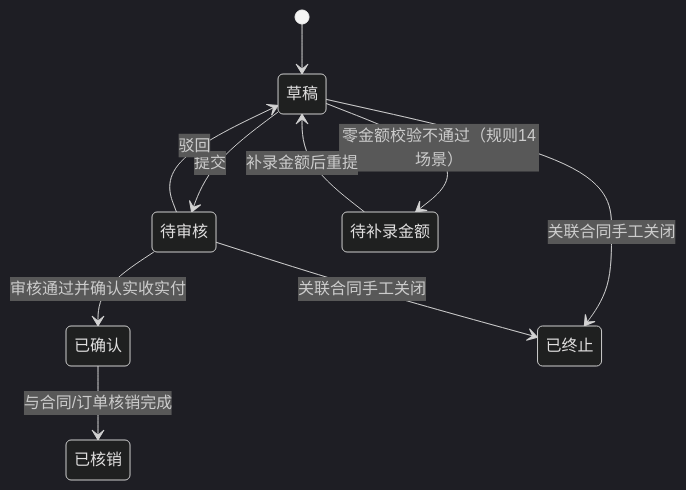
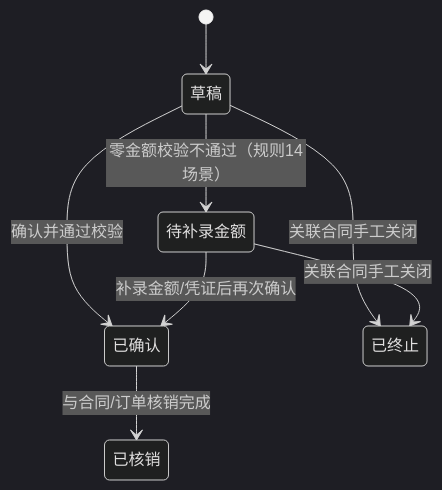
Before and after one commit to nancyxjp2019/jgport-supply: diagram 11 of 12 in docs/V6阶段A-流程图状态机与UI原型清单.md, drawn with Mermaid (dark theme). The commit also changed other lines of this file and 14 other files, not shown here.

````diff
--- a/docs/V6阶段A-流程图状态机与UI原型清单.md
+++ b/docs/V6阶段A-流程图状态机与UI原型清单.md
@@ -196,12 +196,10 @@
 ```mermaid
 stateDiagram-v2
     [*] --> 草稿
-    草稿 --> 待审核: 提交
     草稿 --> 待补录金额: 零金额校验不通过（规则14场景）
-    待补录金额 --> 草稿: 补录金额后重提
-    待审核 --> 草稿: 驳回
-    待审核 --> 已确认: 审核通过并确认实收实付
+    草稿 --> 已确认: 确认并通过校验
+    待补录金额 --> 已确认: 补录金额/凭证后再次确认
     已确认 --> 已核销: 与合同/订单核销完成
     草稿 --> 已终止: 关联合同手工关闭
-    待审核 --> 已终止: 关联合同手工关闭
+    待补录金额 --> 已终止: 关联合同手工关闭
 ```
````
